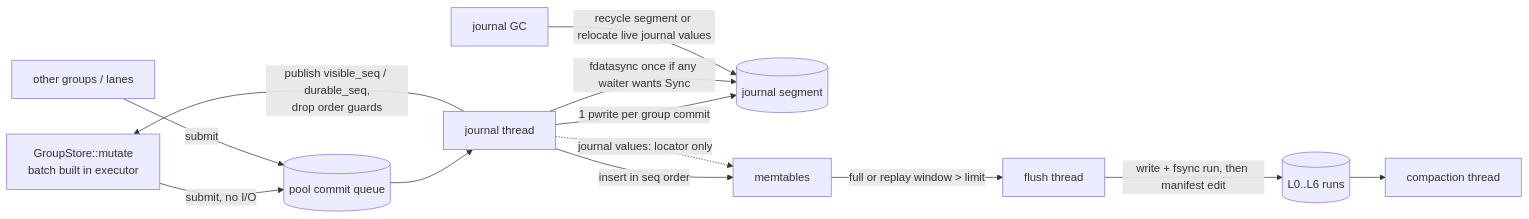
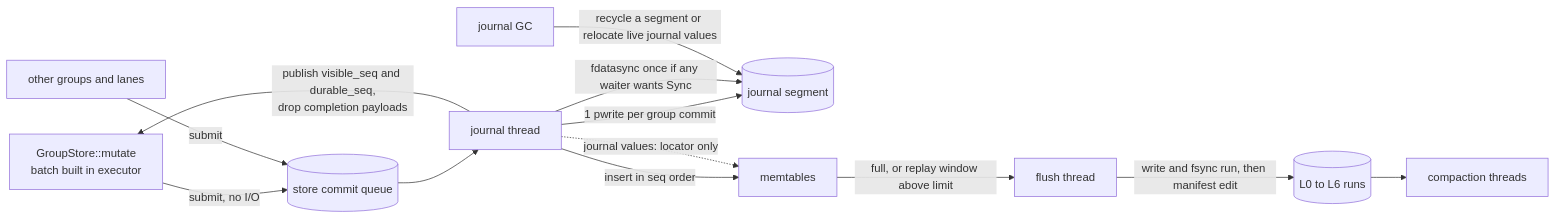
Before and after one commit to nabedra/database: the first of 2 diagrams in plans/native-storage-engine.md, drawn with Mermaid. The commit also changed other lines of this file, not shown here.

````diff
--- a/plans/native-storage-engine.md
+++ b/plans/native-storage-engine.md
@@ -77,15 +92,15 @@
 ```mermaid
 flowchart LR
-    W1[GroupStore::mutate<br/>batch built in executor] -->|submit, no I/O| Q[(pool commit queue)]
-    W2[other groups / lanes] -->|submit| Q
+    W1[GroupStore::mutate<br/>batch built in executor] -->|submit, no I/O| Q[(store commit queue)]
+    W2[other groups and lanes] -->|submit| Q
     Q --> J[journal thread]
     J -->|1 pwrite per group commit| SEG[(journal segment)]
     J -->|fdatasync once if any waiter wants Sync| SEG
     J -->|insert in seq order| MT[memtables]
-    J -->|publish visible_seq / durable_seq,<br/>drop order guards| W1
-    MT -->|full or replay window > limit| FL[flush thread]
-    FL -->|write + fsync run, then manifest edit| RUNS[(L0..L6 runs)]
-    RUNS --> CP[compaction thread]
+    J -->|publish visible_seq and durable_seq,<br/>drop completion payloads| W1
+    MT -->|full, or replay window above limit| FL[flush thread]
+    FL -->|write and fsync run, then manifest edit| RUNS[(L0 to L6 runs)]
+    RUNS --> CP[compaction threads]
     J -.journal values: locator only.-> MT
-    GC[journal GC] -->|recycle segment or relocate live journal values| SEG
+    GC[journal GC] -->|recycle a segment or relocate live journal values| SEG
 ```
````
